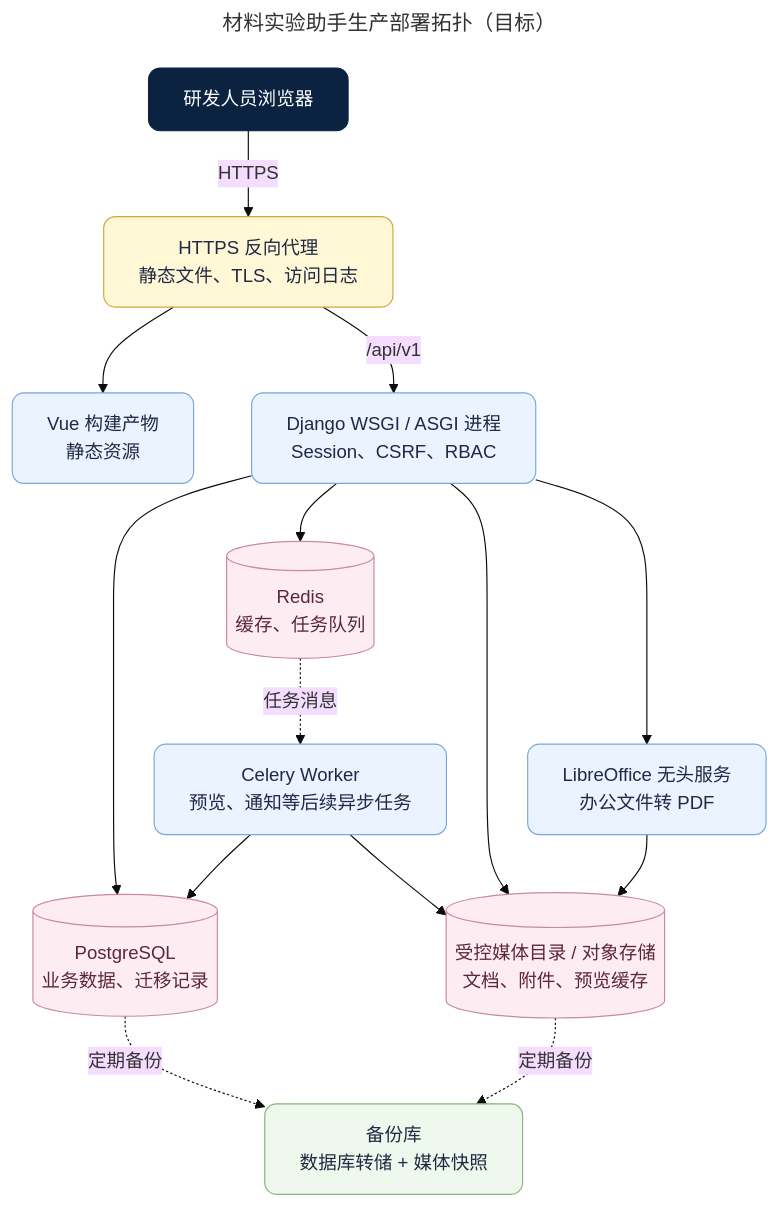
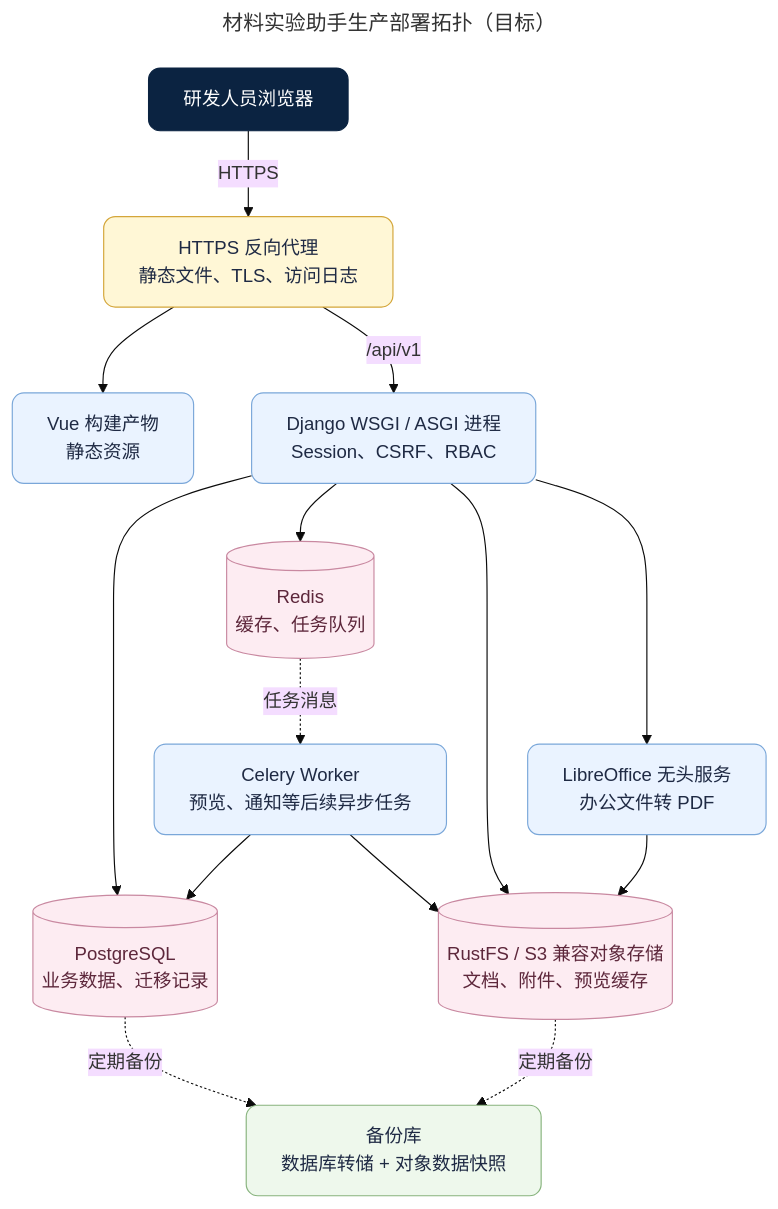
One commit to bujiuzhi/labAssistant changed the fourth of 4 diagrams in docs/overview-design.md. Above: the diagram before and after it, drawn with Mermaid (base theme). The commit also changed other lines of this file and 89 other files, not shown here.

````diff
--- a/docs/overview-design.md
+++ b/docs/overview-design.md
@@ -208,36 +212,36 @@
 ```mermaid
 ---
 title: 材料实验助手生产部署拓扑（目标）
 ---
 flowchart TB
     Browser["研发人员浏览器"]:::client
     Gateway["HTTPS 反向代理<br/>静态文件、TLS、访问日志"]:::gateway
     Web["Vue 构建产物<br/>静态资源"]:::process
     Api["Django WSGI / ASGI 进程<br/>Session、CSRF、RBAC"]:::process
     Worker["Celery Worker<br/>预览、通知等后续异步任务"]:::process
     Database[("PostgreSQL<br/>业务数据、迁移记录")]:::storage
     Cache[("Redis<br/>缓存、任务队列")]:::storage
-    Media[("受控媒体目录 / 对象存储<br/>文档、附件、预览缓存")]:::storage
+    Media[("RustFS / S3 兼容对象存储<br/>文档、附件、预览缓存")]:::storage
     Office["LibreOffice 无头服务<br/>办公文件转 PDF"]:::process
-    Backup["备份库<br/>数据库转储 + 媒体快照"]:::backup
+    Backup["备份库<br/>数据库转储 + 对象数据快照"]:::backup
 
     Browser -->|"HTTPS"| Gateway
     Gateway --> Web
     Gateway -->|"/api/v1"| Api
     Api --> Database
     Api --> Cache
     Api --> Media
     Api --> Office
     Office --> Media
     Cache -. "任务消息" .-> Worker
     Worker --> Database
     Worker --> Media
     Database -. "定期备份" .-> Backup
     Media -. "定期备份" .-> Backup
 
     classDef client fill:#0B2341,stroke:#0B2341,stroke-width:1px,color:#FFFFFF,rx:10,ry:10;
     classDef gateway fill:#FFF7D6,stroke:#D4A63A,stroke-width:1px,color:#1F2A44,rx:10,ry:10;
     classDef process fill:#EAF3FF,stroke:#7AA7D9,stroke-width:1px,color:#1F2A44,rx:10,ry:10;
     classDef storage fill:#FDECF2,stroke:#C989A1,stroke-width:1px,color:#5D273B,rx:10,ry:10;
     classDef backup fill:#EEF8EC,stroke:#88B47E,stroke-width:1px,color:#1F2A44,rx:10,ry:10;
 ```
````
